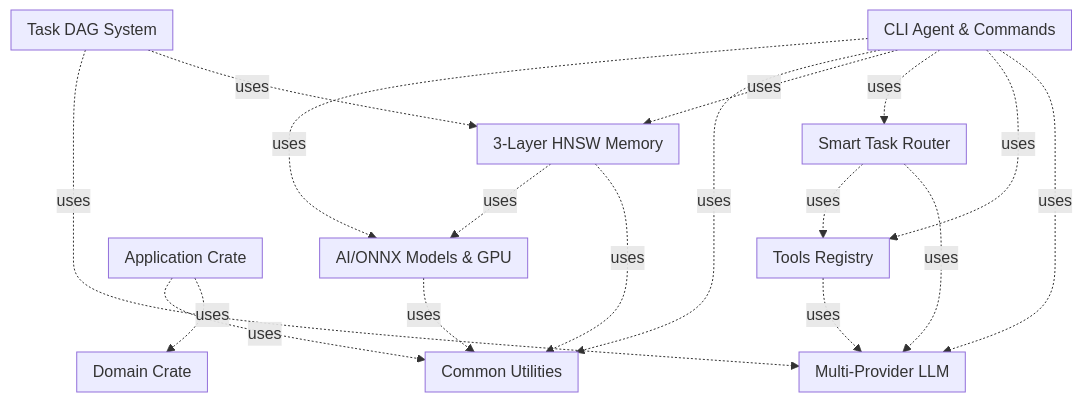
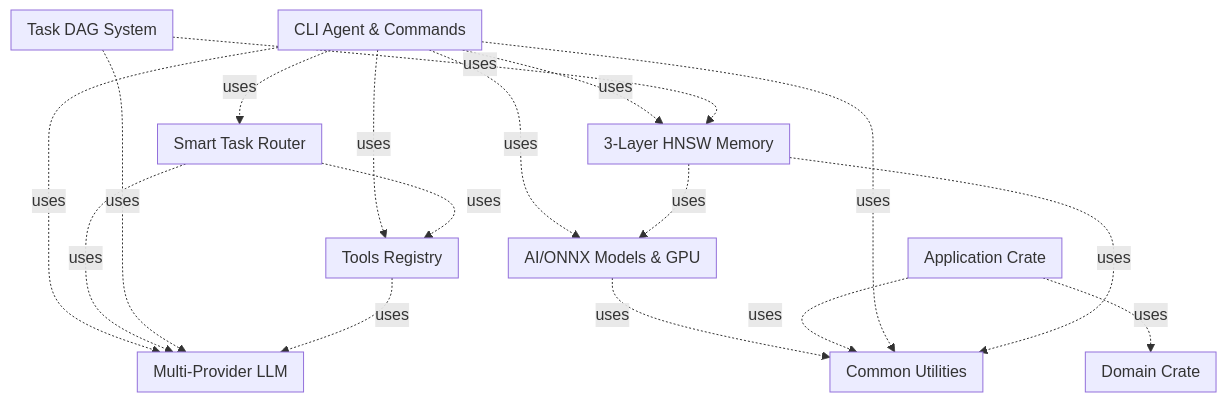
Before and after one commit to iMAGRAY/MAGRAY_Cli: the diagram in CLAUDE.md, drawn with Mermaid. The commit also changed other lines of this file, not shown here.

````diff
--- a/CLAUDE.md
+++ b/CLAUDE.md
@@ -171,57 +171,57 @@
 ```mermaid
 graph TB
 
     subgraph AI[AI/ONNX Models & GPU]
     end
 
     subgraph APPLICATION[Application Crate]
     end
 
     subgraph CLI[CLI Agent & Commands]
     end
 
     subgraph COMMON[Common Utilities]
     end
 
     subgraph DOMAIN[Domain Crate]
     end
 
     subgraph LLM[Multi-Provider LLM]
     end
 
     subgraph MEMORY[3-Layer HNSW Memory]
     end
 
     subgraph ROUTER[Smart Task Router]
     end
 
     subgraph TODO[Task DAG System]
     end
 
     subgraph TOOLS[Tools Registry]
     end
 
     %% Зависимости между крейтами
     AI -.->|uses| COMMON
+    APPLICATION -.->|uses| DOMAIN
     APPLICATION -.->|uses| COMMON
-    APPLICATION -.->|uses| DOMAIN
-    CLI -.->|uses| AI
+    CLI -.->|uses| ROUTER
     CLI -.->|uses| COMMON
-    CLI -.->|uses| MEMORY
-    CLI -.->|uses| ROUTER
     CLI -.->|uses| TOOLS
     CLI -.->|uses| LLM
+    CLI -.->|uses| AI
+    CLI -.->|uses| MEMORY
+    MEMORY -.->|uses| COMMON
     MEMORY -.->|uses| AI
-    MEMORY -.->|uses| COMMON
     ROUTER -.->|uses| TOOLS
     ROUTER -.->|uses| LLM
     TODO -.->|uses| LLM
     TODO -.->|uses| MEMORY
     TOOLS -.->|uses| LLM
 
     classDef crate fill:#e3f2fd,stroke:#1976d2,stroke-width:2px
     classDef testFile fill:#ffebee,stroke:#c62828,stroke-width:1px,stroke-dasharray: 5 5
     classDef mockFile fill:#fce4ec,stroke:#ad1457,stroke-width:1px,stroke-dasharray: 3 3
     classDef exampleFile fill:#e8f5e9,stroke:#2e7d32,stroke-width:1px
     classDef problemFile fill:#ffcdd2,stroke:#d32f2f,stroke-width:2px
 ```
````
